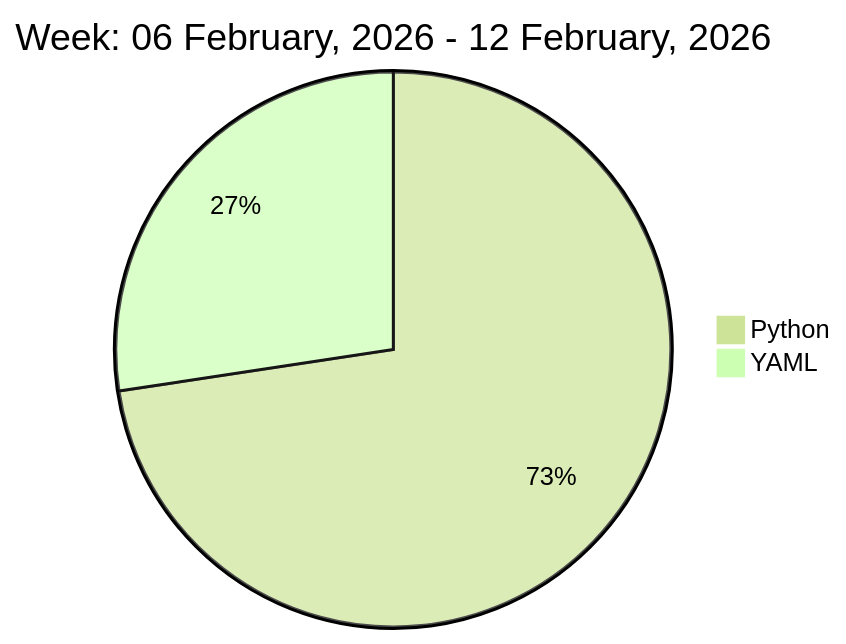
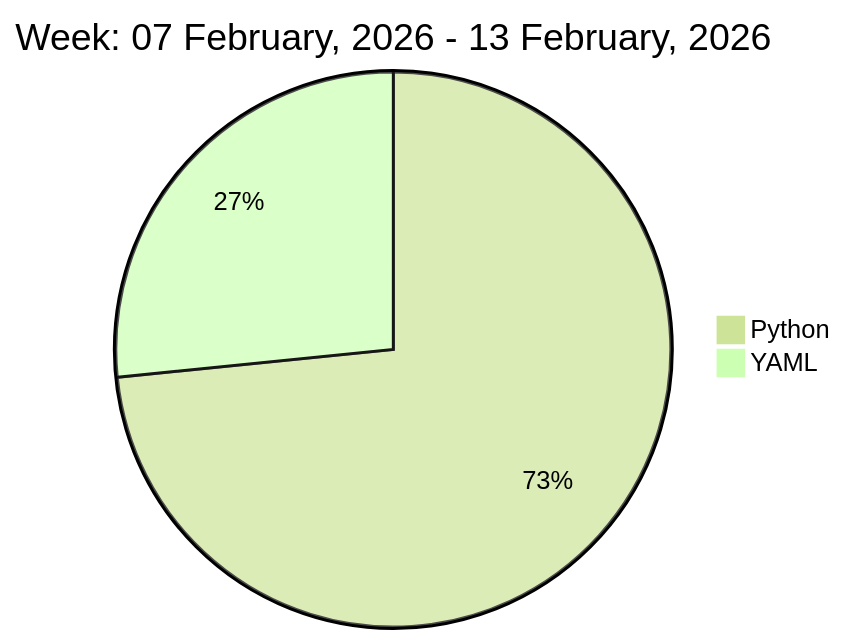
Before and after one commit to liubin95/liubin95: the diagram in README.md, drawn with Mermaid (forest theme).

Commit message:
Updated the Graph with new Metrics

````diff
--- a/README.md
+++ b/README.md
@@ -37,6 +37,6 @@
 ```mermaid
  pie
-title Week: 06 February, 2026 - 12 February, 2026
+title Week: 07 February, 2026 - 13 February, 2026
  "Python" : 6.68
- "YAML" : 2.52
+ "YAML" : 2.42
 ```
````
